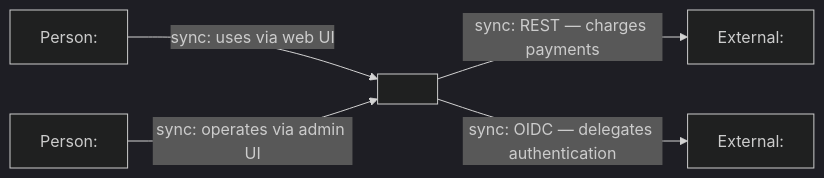
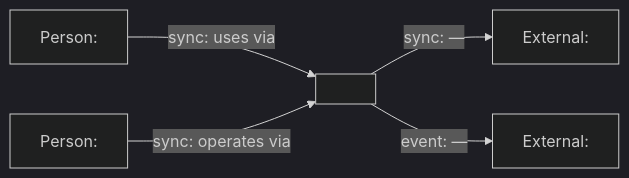
One commit to jr-jesse123/claude-tookit changed the diagram in plugins/arch-docs/reference/templates/system-context.md. Above: the diagram before and after it, drawn with Mermaid (dark theme). The commit also changed 3 other files, not shown here.

````diff
--- a/plugins/arch-docs/reference/templates/system-context.md
+++ b/plugins/arch-docs/reference/templates/system-context.md
@@ -9,13 +9,13 @@
 ```mermaid
 flowchart LR
   user["Person: <primary role>"]
   admin["Person: <secondary role>"]
   sys["<System name>"]
   ext1["External: <dependency, e.g. payment gateway>"]
   ext2["External: <dependency, e.g. identity provider>"]
 
-  user -->|"sync: uses via web UI"| sys
-  admin -->|"sync: operates via admin UI"| sys
-  sys -->|"sync: REST — charges payments"| ext1
-  sys -->|"sync: OIDC — delegates authentication"| ext2
+  user -->|"sync: uses via <channel>"| sys
+  admin -->|"sync: operates via <channel>"| sys
+  sys -->|"sync: <protocol> — <what for>"| ext1
+  sys -->|"event: <topic> — <what for>"| ext2
 ```
````
